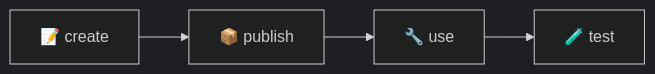
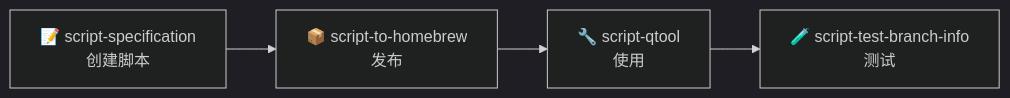
One commit to dvlproad/AI-qskills changed the first of 3 diagrams in README.md. Above: the diagram before and after it, drawn with Mermaid (dark theme). The commit also changed other lines of this file and 4 other files, not shown here.

````diff
--- a/README.md
+++ b/README.md
@@ -22,4 +20,4 @@
 ```mermaid
 graph LR
-    A[📝 create] --> B[📦 publish] --> C[🔧 use] --> D[🧪 test]
+    A[📝 script-specification<br/>创建脚本] --> B[📦 script-to-homebrew<br/>发布] --> C[🔧 script-qtool<br/>使用] --> D[🧪 script-test-branch-info<br/>测试]
 ```
````
